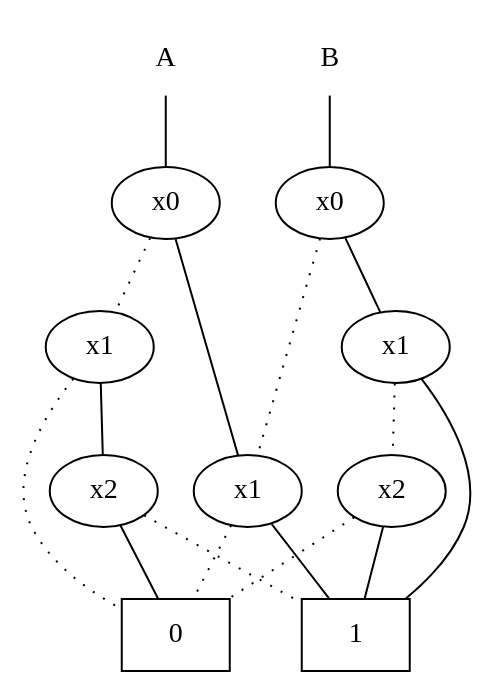
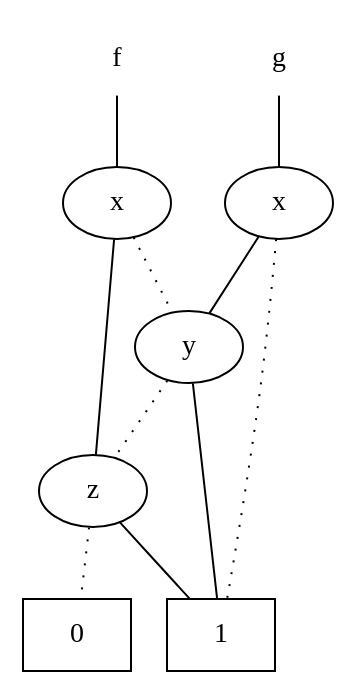
One commit to sventhijssen/SBDD changed the diagram in SBDD/export.dot. Above: the diagram before and after it, drawn with Graphviz. The commit also changed 15 other files, not shown here.

```diff
--- a/SBDD/export.dot
+++ b/SBDD/export.dot
@@ -1,29 +1,20 @@
 graph sbdd { 
-A[shape="plaintext"];
-A -- 5;
-B[shape="plaintext"];
-B -- 8;
+f[shape="plaintext"];
+f -- 4;
+g[shape="plaintext"];
+g -- 5;
 1[shape="box"];
 0[shape="box"];
-2[label="x2"];
-3[label="x1"];
-4[label="x1"];
-5[label="x0"];
-6[label="x2"];
-7[label="x1"];
-8[label="x0"];
-2 -- 1 [style="dotted"];
-2 -- 0;
-3 -- 0 [style="dotted"];
-3 -- 2;
-4 -- 0 [style="dotted"];
-4 -- 1;
-5 -- 3 [style="dotted"];
-5 -- 4;
-6 -- 0 [style="dotted"];
-6 -- 1;
-7 -- 6 [style="dotted"];
-7 -- 1;
-8 -- 4 [style="dotted"];
-8 -- 7;
+2[label="z"];
+3[label="y"];
+4[label="x"];
+5[label="x"];
+2 -- 0 [style="dotted"];
+2 -- 1;
+3 -- 2 [style="dotted"];
+3 -- 1;
+4 -- 3 [style="dotted"];
+4 -- 2;
+5 -- 1 [style="dotted"];
+5 -- 3;
  }
```
